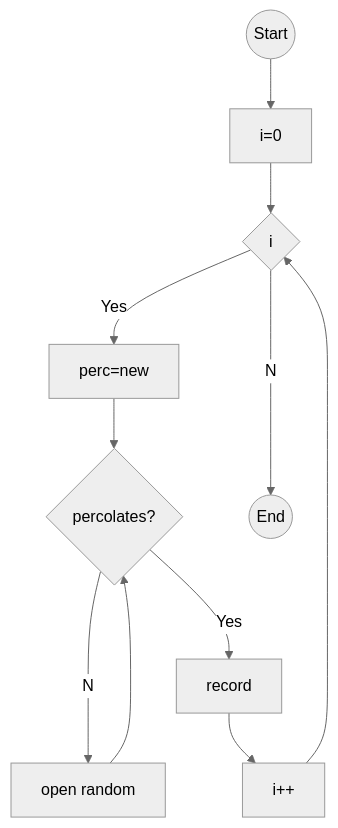
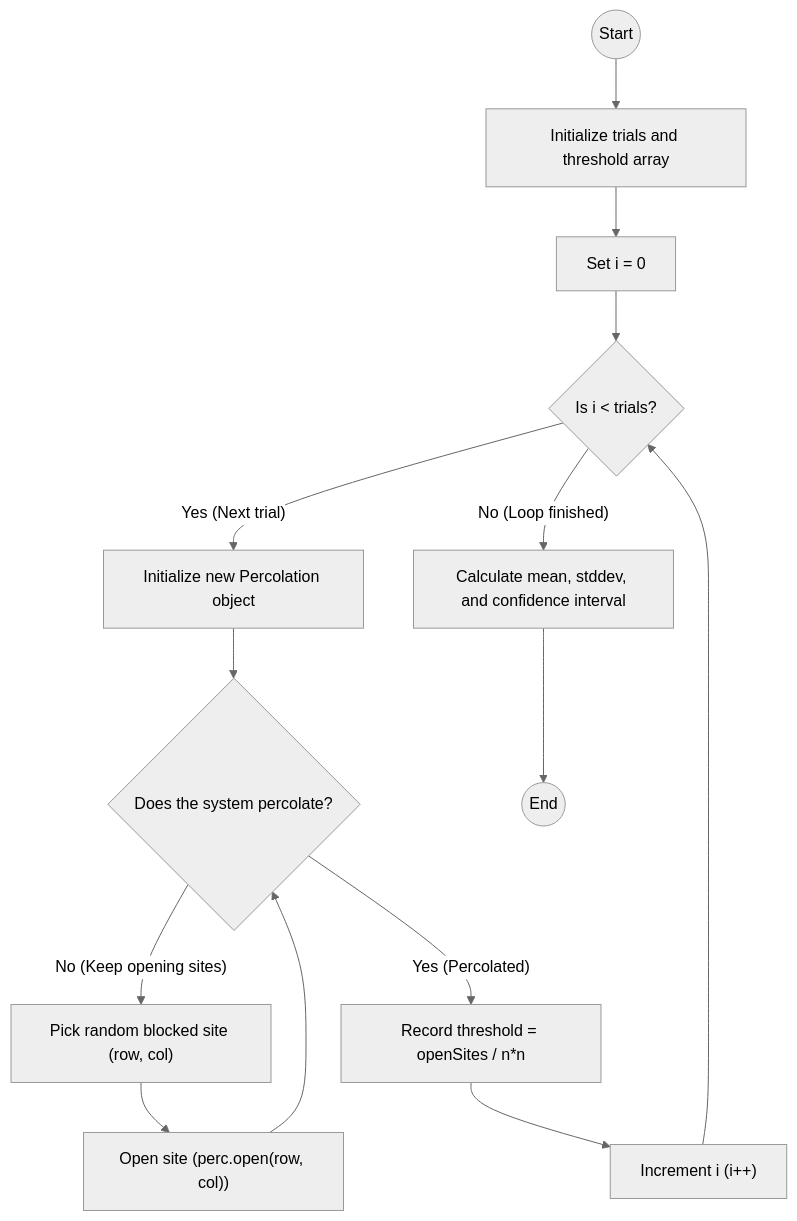
One commit to AmpongJkevin2/Flowchart- changed the diagram in problemSet2/PercolationStats.mmd. Above: the diagram before and after it, drawn with Mermaid (neutral theme). The commit also changed 6 other files, not shown here.

```diff
--- a/problemSet2/PercolationStats.mmd
+++ b/problemSet2/PercolationStats.mmd
@@ -1,1 +1,14 @@
-graph TD; A((Start))-->B[i=0]; B-->C{i<trials?}; C--Yes-->D[perc=new]; D-->E{percolates?}; E--No-->F[open random]; F-->E; E--Yes-->G[record]; G-->H[i++]; H-->C; C--No-->K((End));
+graph TD;
+    A((Start)) --> B["Initialize trials and threshold array"];
+    B --> C["Set i = 0"];
+    C --> D{"Is i < trials?"};
+    D -- "No (Loop finished)" --> K["Calculate mean, stddev, and confidence interval"];
+    D -- "Yes (Next trial)" --> E["Initialize new Percolation object"];
+    E --> F{"Does the system percolate?"};
+    F -- "No (Keep opening sites)" --> G["Pick random blocked site (row, col)"];
+    G --> H["Open site (perc.open(row, col))"];
+    H --> F;
+    F -- "Yes (Percolated)" --> I["Record threshold = openSites / n*n"];
+    I --> J["Increment i (i++)"];
+    J --> D;
+    K --> L((End));
```
